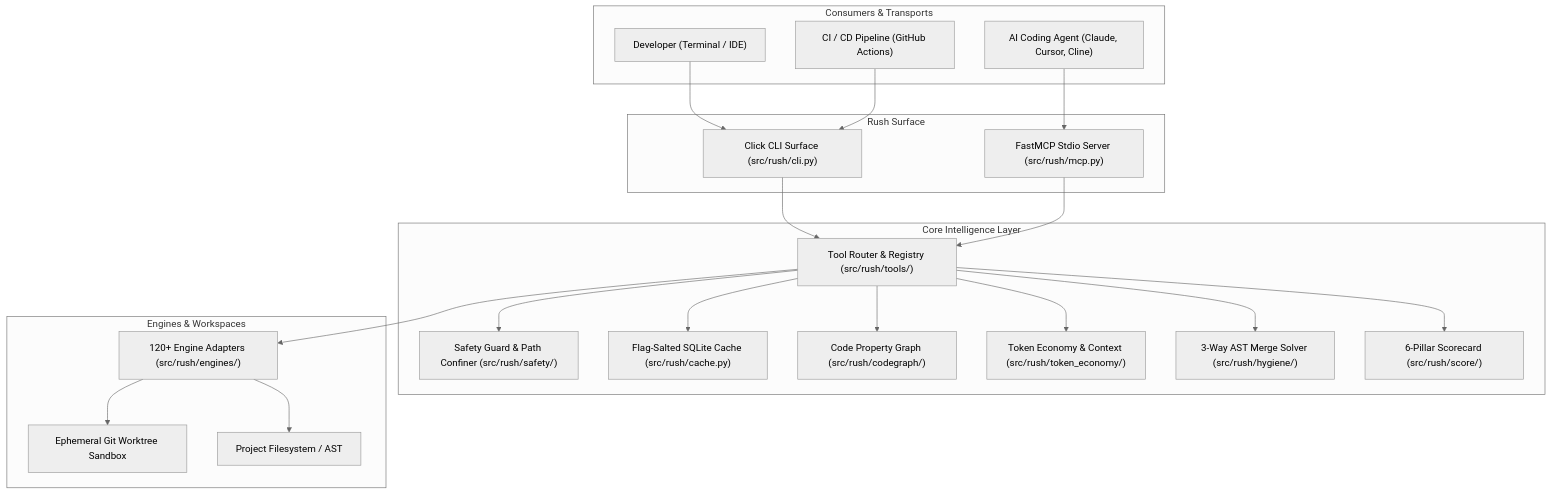
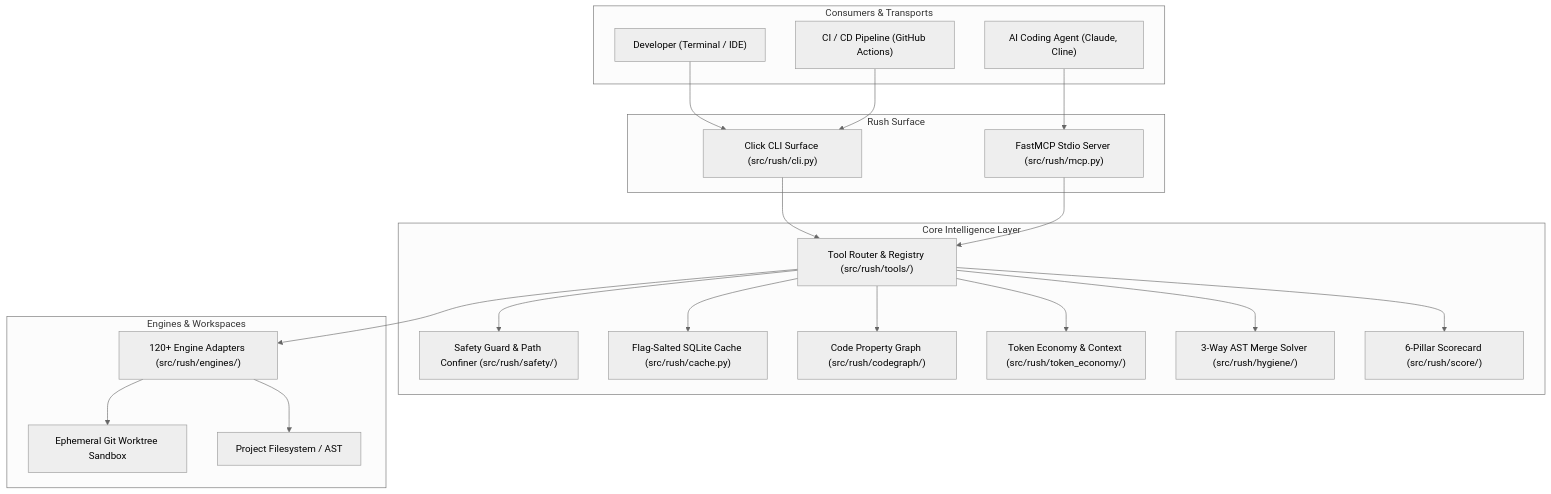
The first of 9 diagrams in docs/innovation-enhancement-report.md (jamesdsizemore/rush-cli), drawn with Mermaid (neutral theme) before and after one commit. The commit also changed other lines of this file and 61 other files, not shown here.

````diff
--- a/docs/innovation-enhancement-report.md
+++ b/docs/innovation-enhancement-report.md
@@ -25,44 +25,44 @@
 ```mermaid
 flowchart TB
     subgraph Clients["Consumers & Transports"]
         Dev["Developer (Terminal / IDE)"]
-        Agent["AI Coding Agent (Claude, Cursor, Cline)"]
+        Agent["AI Coding Agent (Claude, Cline)"]
         CI["CI / CD Pipeline (GitHub Actions)"]
     end
 
     subgraph Transports["Rush Surface"]
         ClickCLI["Click CLI Surface (src/rush/cli.py)"]
         FastMCP["FastMCP Stdio Server (src/rush/mcp.py)"]
     end
 
     subgraph CoreSubsystems["Core Intelligence Layer"]
         Router["Tool Router & Registry (src/rush/tools/)"]
         Safety["Safety Guard & Path Confiner (src/rush/safety/)"]
         Cache["Flag-Salted SQLite Cache (src/rush/cache.py)"]
         CPG["Code Property Graph (src/rush/codegraph/)"]
         TokenEco["Token Economy & Context (src/rush/token_economy/)"]
         ASTMerge["3-Way AST Merge Solver (src/rush/hygiene/)"]
         Score["6-Pillar Scorecard (src/rush/score/)"]
     end
 
     subgraph Execution["Engines & Workspaces"]
         Adapters["120+ Engine Adapters (src/rush/engines/)"]
         Worktree["Ephemeral Git Worktree Sandbox"]
         LocalFS["Project Filesystem / AST"]
     end
 
     Dev --> ClickCLI
     Agent --> FastMCP
     CI --> ClickCLI
     ClickCLI --> Router
     FastMCP --> Router
     Router --> Safety
     Router --> Cache
     Router --> CPG
     Router --> TokenEco
     Router --> ASTMerge
     Router --> Score
     Router --> Adapters
     Adapters --> Worktree
     Adapters --> LocalFS
 ```
````
